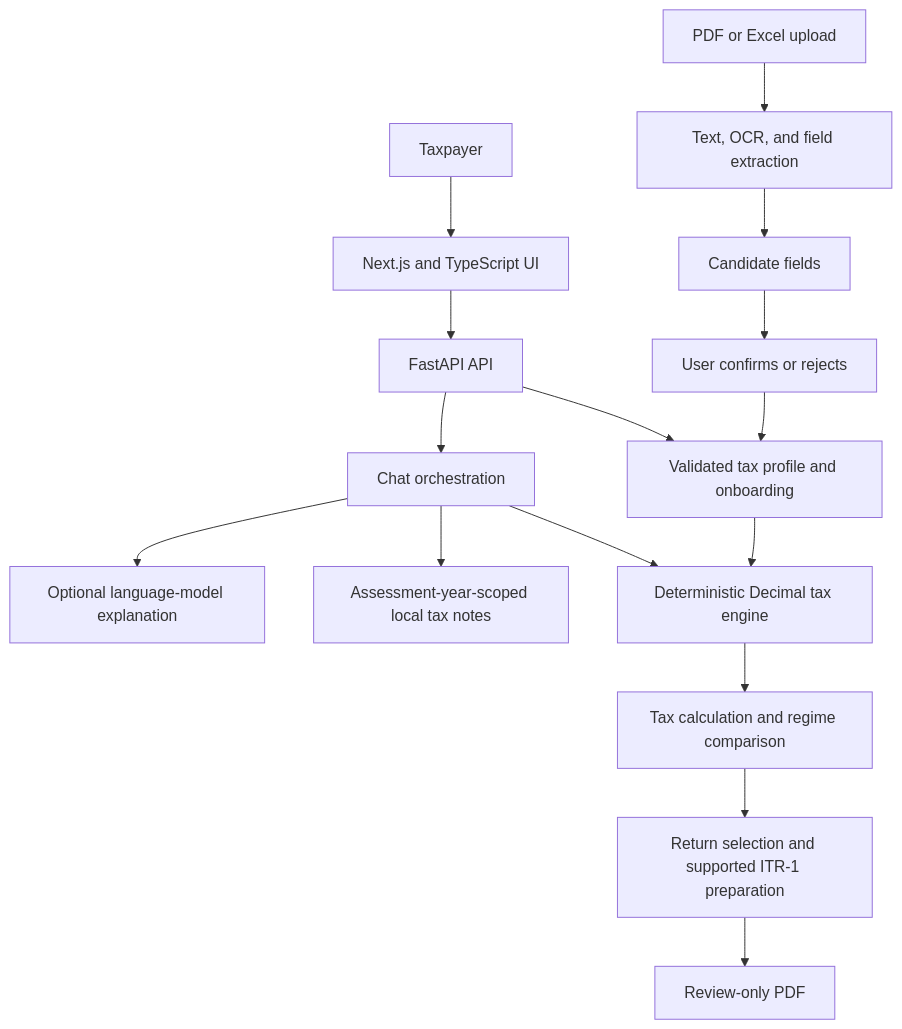
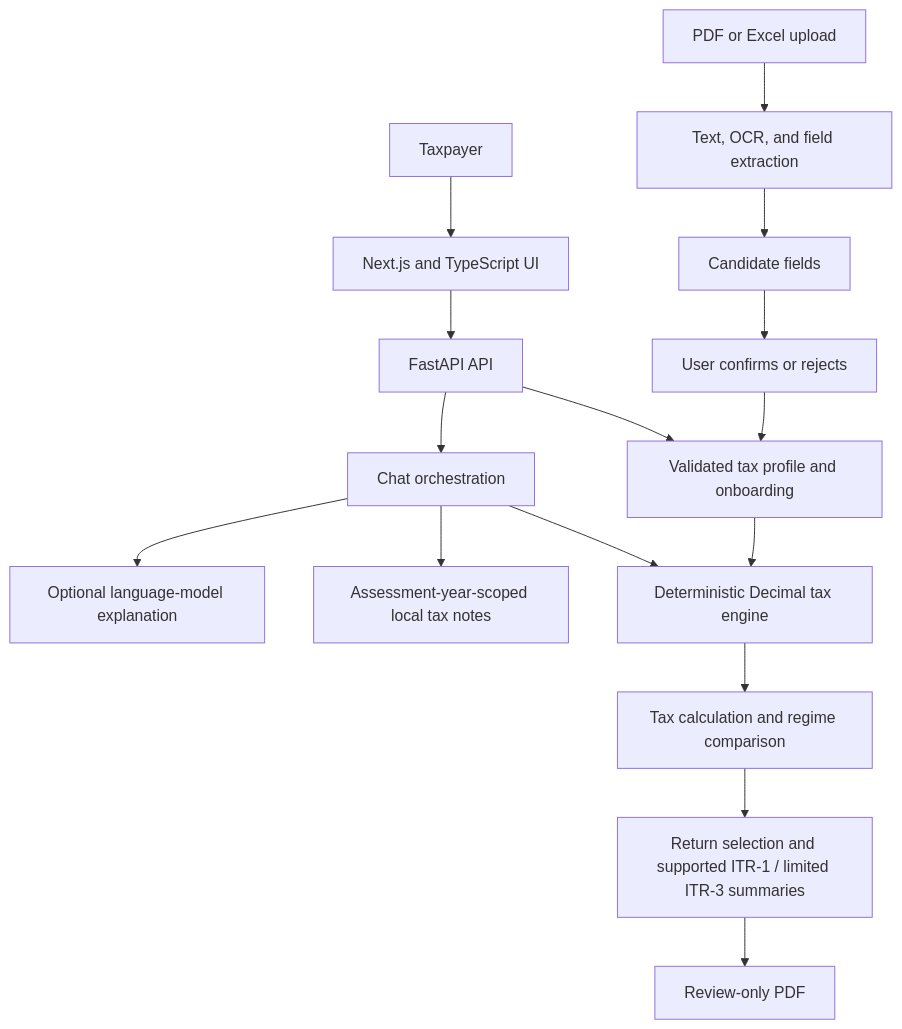
The diagram in docs/RESEARCH_OVERVIEW.md (Diganths2005/aaa), drawn with Mermaid before and after one commit. The commit also changed other lines of this file and 85 other files, not shown here.

````diff
--- a/docs/RESEARCH_OVERVIEW.md
+++ b/docs/RESEARCH_OVERVIEW.md
@@ -39,18 +39,18 @@
 ```mermaid
 flowchart TD
     Person[Taxpayer] --> UI[Next.js and TypeScript UI]
     UI --> API[FastAPI API]
     API --> Profile[Validated tax profile and onboarding]
     Profile --> Engine[Deterministic Decimal tax engine]
     Engine --> Results[Tax calculation and regime comparison]
-    Results --> ITR[Return selection and supported ITR-1 preparation]
+    Results --> ITR[Return selection and supported ITR-1 / limited ITR-3 summaries]
     ITR --> PDF[Review-only PDF]
     API --> Chat[Chat orchestration]
     Chat --> Engine
     Chat --> Notes[Assessment-year-scoped local tax notes]
     Chat --> OptionalModel[Optional language-model explanation]
     Upload[PDF or Excel upload] --> Extract[Text, OCR, and field extraction]
     Extract --> Candidate[Candidate fields]
     Candidate --> Review[User confirms or rejects]
     Review --> Profile
 ```
````
